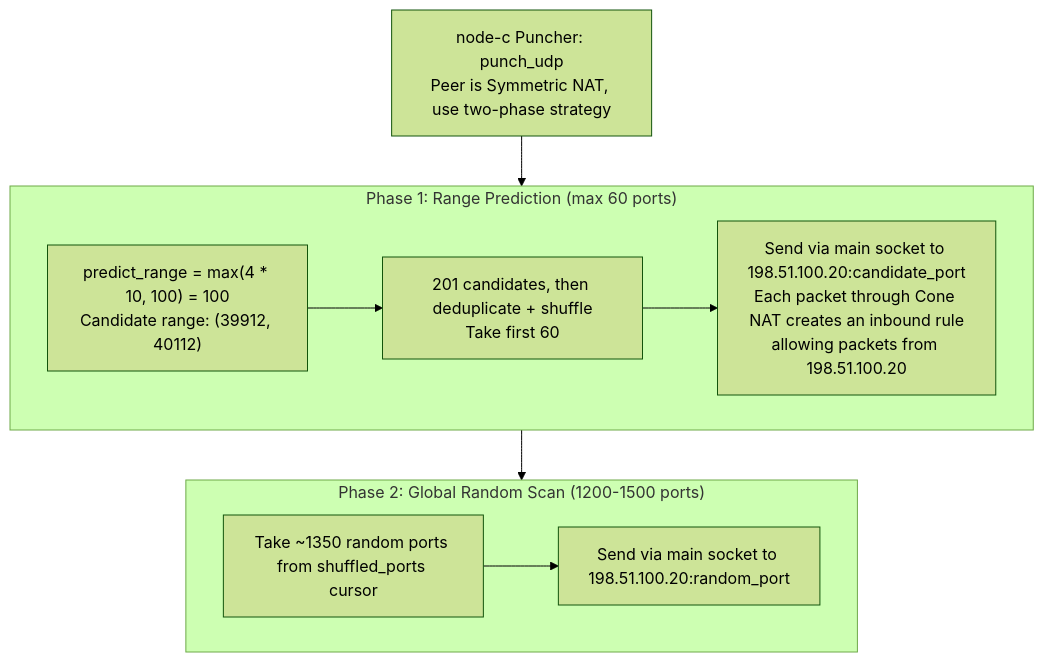
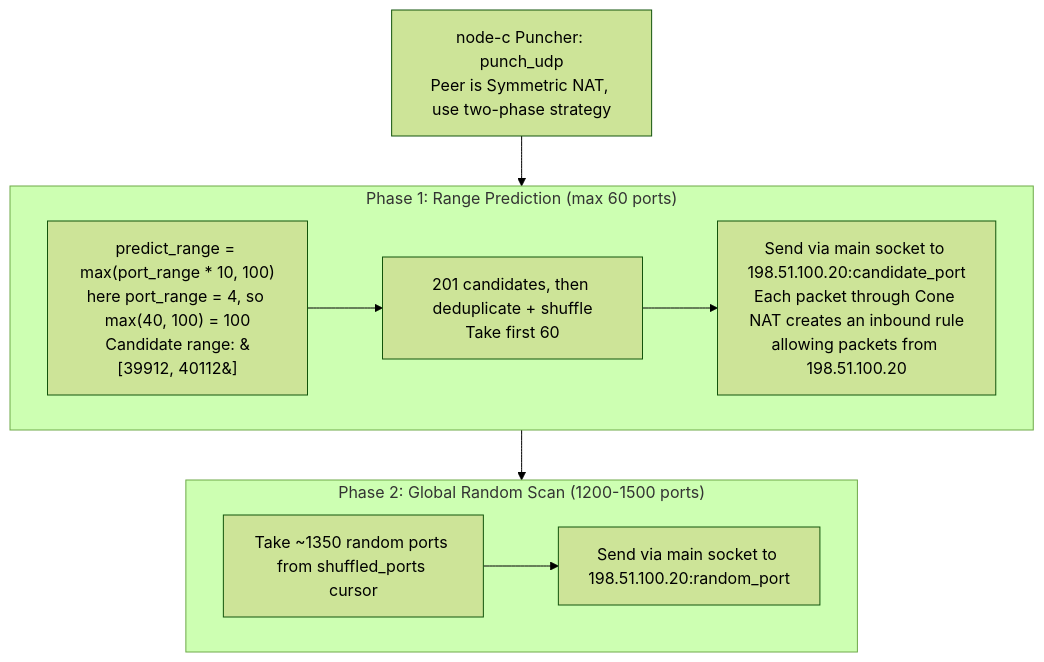
One commit to rustp2p/rustp2p changed diagram 18 of 27 in docs/nat-punch-principles.md. Above: the diagram before and after it, drawn with Mermaid (forest theme). The commit also changed other lines of this file, not shown here.

Commit message:
docs: fix Mermaid rendering regressions in nat-punch principles

````diff
--- a/docs/nat-punch-principles.md
+++ b/docs/nat-punch-principles.md
@@ -596,21 +592,21 @@
 ```mermaid
 flowchart TD
     START["node-c Puncher: punch_udp<br/>Peer is Symmetric NAT, use two-phase strategy"]
 
     subgraph P1["Phase 1: Range Prediction (max 60 ports)"]
-        P1A["predict_range = max(4 * 10, 100) = 100<br/>Candidate range: (39912, 40112)"]
+        P1A["predict_range = max(port_range * 10, 100)<br/>here port_range = 4, so max(40, 100) = 100<br/>Candidate range: &#91;39912, 40112&#93;"]
         P1B["201 candidates, then deduplicate + shuffle<br/>Take first 60"]
         P1C["Send via main socket to 198.51.100.20:candidate_port<br/>Each packet through Cone NAT creates an inbound rule<br/>allowing packets from 198.51.100.20"]
         P1A --> P1B
         P1B --> P1C
     end
 
     subgraph P2["Phase 2: Global Random Scan (1200-1500 ports)"]
         P2A["Take ~1350 random ports from shuffled_ports cursor"]
         P2B["Send via main socket to 198.51.100.20:random_port"]
         P2A --> P2B
     end
 
     START --> P1
     P1 --> P2
 ```
````
